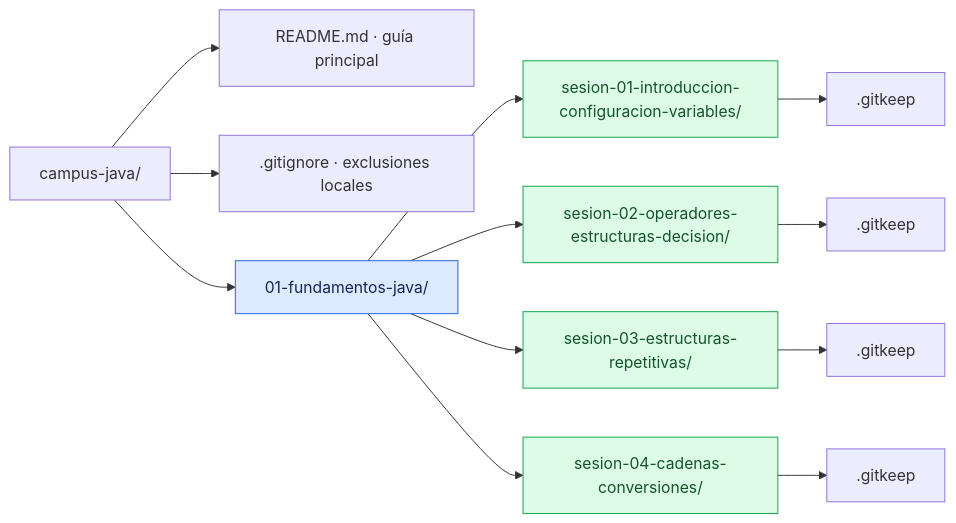
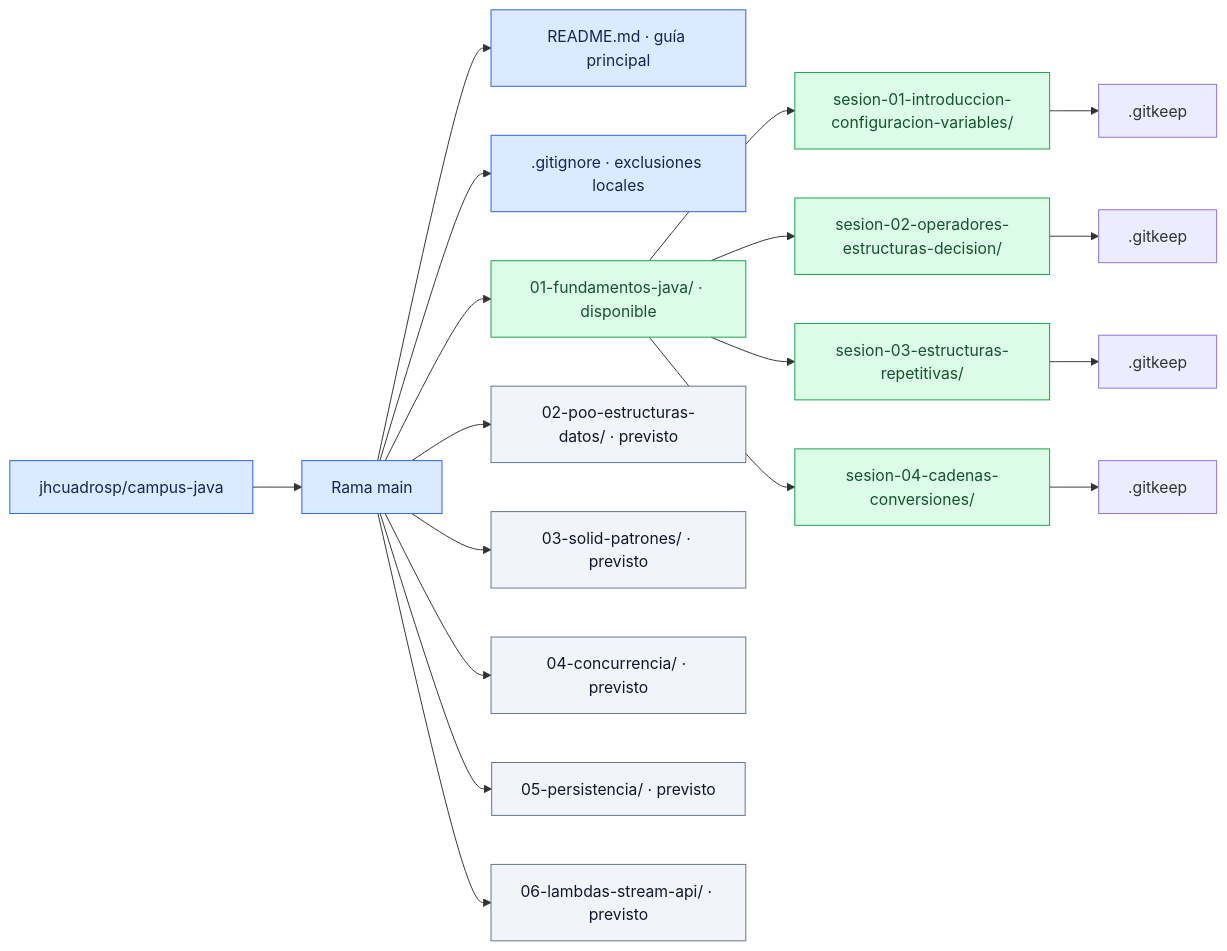
One commit to JopsWtD/campuslands-java changed the third of 3 diagrams in README.md. Above: the diagram before and after it, drawn with Mermaid. The commit also changed other lines of this file and 1 other file, not shown here.

Commit message:
Ajustes gitignore and readme

````diff
--- a/README.md
+++ b/README.md
@@ -193,18 +170,26 @@
 ```mermaid
 flowchart LR
-    R["campus-java/"] --> README["README.md · guía principal"]
-    R --> IGNORE[".gitignore · exclusiones locales"]
-    R --> M["01-fundamentos-java/"]
-    M --> S1["sesion-01-introduccion-configuracion-variables/"]
-    M --> S2["sesion-02-operadores-estructuras-decision/"]
-    M --> S3["sesion-03-estructuras-repetitivas/"]
-    M --> S4["sesion-04-cadenas-conversiones/"]
+    R["jhcuadrosp/campus-java"] --> B["Rama main"]
+    B --> README["README.md · guía principal"]
+    B --> IGNORE[".gitignore · exclusiones locales"]
+    B --> M1["01-fundamentos-java/ · disponible"]
+    B --> M2["02-poo-estructuras-datos/ · previsto"]
+    B --> M3["03-solid-patrones/ · previsto"]
+    B --> M4["04-concurrencia/ · previsto"]
+    B --> M5["05-persistencia/ · previsto"]
+    B --> M6["06-lambdas-stream-api/ · previsto"]
+    M1 --> S1["sesion-01-introduccion-configuracion-variables/"]
+    M1 --> S2["sesion-02-operadores-estructuras-decision/"]
+    M1 --> S3["sesion-03-estructuras-repetitivas/"]
+    M1 --> S4["sesion-04-cadenas-conversiones/"]
     S1 --> K1[".gitkeep"]
     S2 --> K2[".gitkeep"]
     S3 --> K3[".gitkeep"]
     S4 --> K4[".gitkeep"]
-    classDef modulo fill:#dbeafe,stroke:#2563eb,color:#172554;
-    classDef sesion fill:#dcfce7,stroke:#16a34a,color:#14532d;
-    class M modulo;
-    class S1,S2,S3,S4 sesion;
+    classDef actual fill:#dcfce7,stroke:#16a34a,color:#14532d;
+    classDef previsto fill:#f1f5f9,stroke:#64748b,color:#0f172a;
+    classDef principal fill:#dbeafe,stroke:#2563eb,color:#172554;
+    class M1,S1,S2,S3,S4 actual;
+    class M2,M3,M4,M5,M6 previsto;
+    class R,B,README,IGNORE principal;
 ```
````
